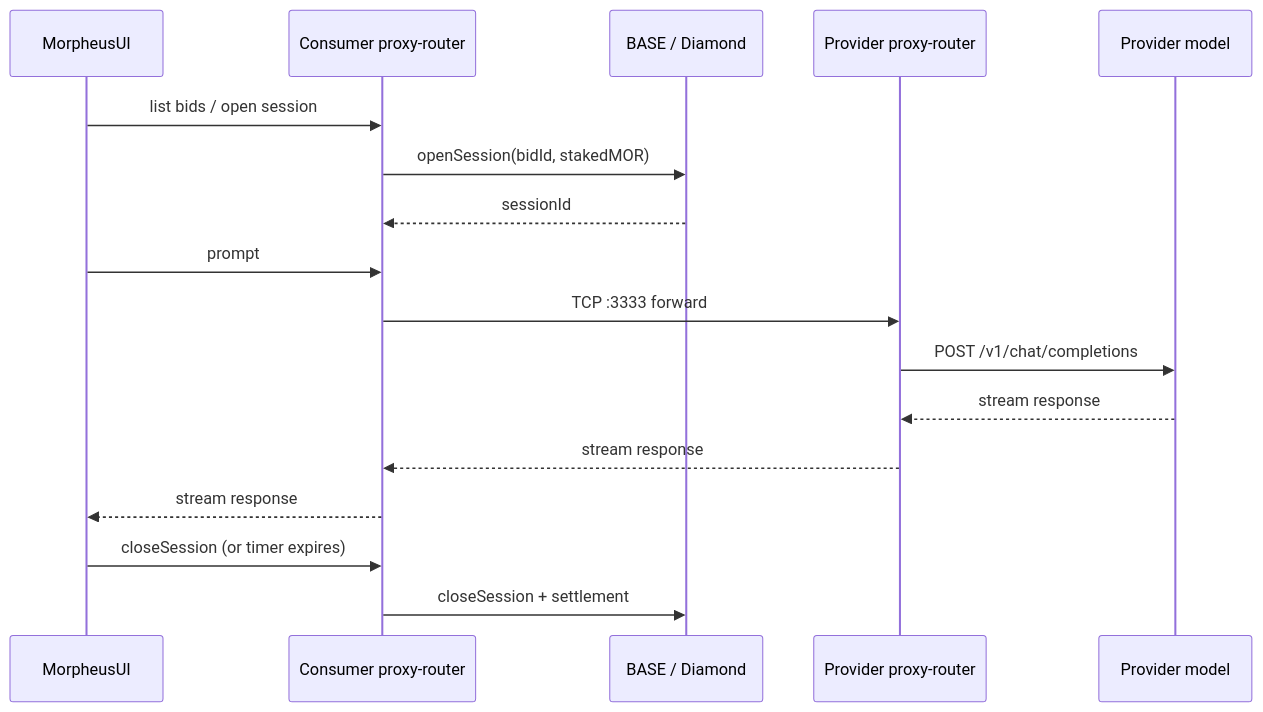
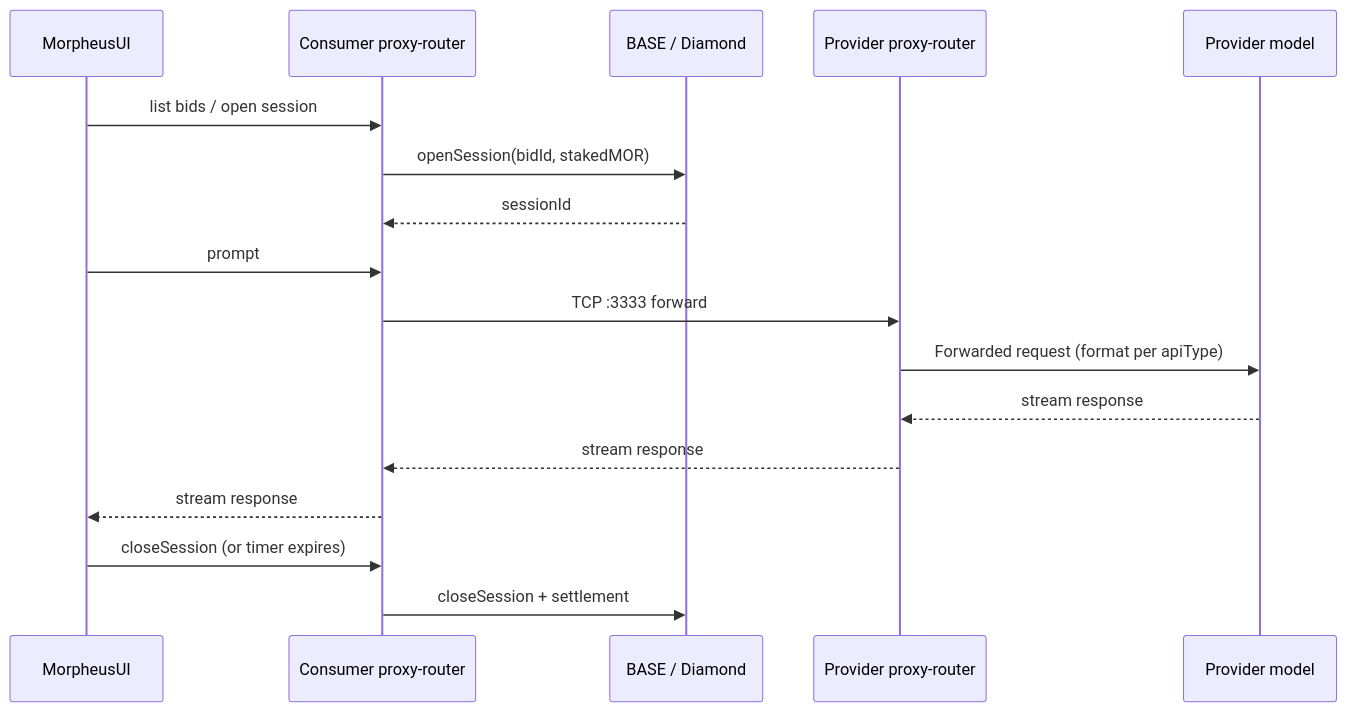
Before and after one commit to cowboycoderhq/Morpheus-Lumerin-Node: the diagram in docs/concepts/architecture.mdx, drawn with Mermaid. The commit also changed other lines of this file and 80 other files, not shown here.

````diff
--- a/docs/concepts/architecture.mdx
+++ b/docs/concepts/architecture.mdx
@@ -36,20 +36,20 @@
 ```mermaid
 sequenceDiagram
   participant UI as MorpheusUI
   participant CRouter as Consumer proxy-router
   participant Chain as BASE / Diamond
   participant PRouter as Provider proxy-router
   participant Model as Provider model
 
   UI->>CRouter: list bids / open session
   CRouter->>Chain: openSession(bidId, stakedMOR)
   Chain-->>CRouter: sessionId
   UI->>CRouter: prompt
   CRouter->>PRouter: TCP :3333 forward
-  PRouter->>Model: POST /v1/chat/completions
+  PRouter->>Model: Forwarded request (format per apiType)
   Model-->>PRouter: stream response
   PRouter-->>CRouter: stream response
   CRouter-->>UI: stream response
   UI->>CRouter: closeSession (or timer expires)
   CRouter->>Chain: closeSession + settlement
 ```
````
